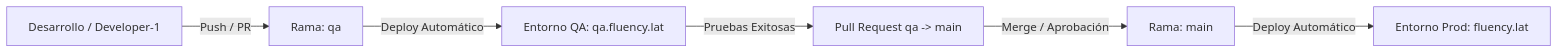
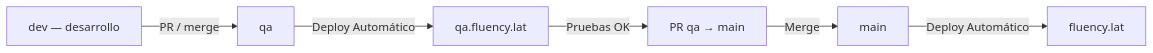
One commit to jcoronado1982/http-fluency.lat changed the diagram in docs/QA_TO_PROD_FLOW.md. Above: the diagram before and after it, drawn with Mermaid. The commit also changed other lines of this file and 4 other files, not shown here.

First line of the commit message:
Document dev as primary development branch (dev→qa→main).

````diff
--- a/docs/QA_TO_PROD_FLOW.md
+++ b/docs/QA_TO_PROD_FLOW.md
@@ -11,8 +11,8 @@
 ```mermaid
 graph LR
-    Developer[Desarrollo / Developer-1] -->|Push / PR| QA_Branch[Rama: qa]
-    QA_Branch -->|Deploy Automático| QA_Env[Entorno QA: qa.fluency.lat]
-    QA_Env -->|Pruebas Exitosas| PR[Pull Request qa -> main]
-    PR -->|Merge / Aprobación| Main_Branch[Rama: main]
-    Main_Branch -->|Deploy Automático| Prod_Env[Entorno Prod: fluency.lat]
+    Dev[dev — desarrollo] -->|PR / merge| QA_Branch[qa]
+    QA_Branch -->|Deploy Automático| QA_Env[qa.fluency.lat]
+    QA_Env -->|Pruebas OK| PR[PR qa → main]
+    PR -->|Merge| Main_Branch[main]
+    Main_Branch -->|Deploy Automático| Prod_Env[fluency.lat]
 ```
````
